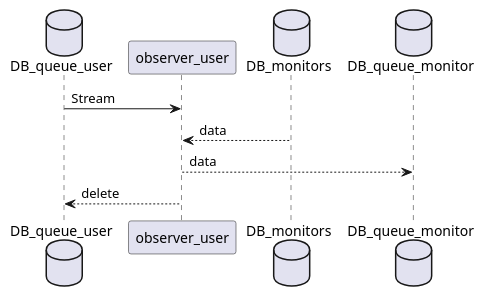
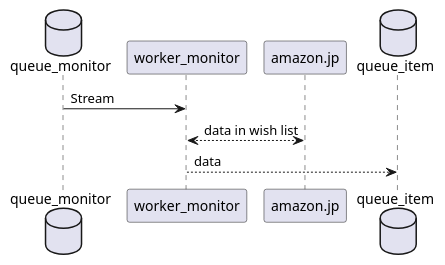
One commit to homura10059/find_sale_in_wishlist changed the second of 4 diagrams in docs/design.md. Above: the diagram before and after it, drawn with PlantUML. The commit also changed other lines of this file, not shown here.

Commit message:
:recycle: change data model

````diff
--- a/docs/design.md
+++ b/docs/design.md
@@ -83,17 +81,15 @@
 ```puml
 @startuml
 
-database DB_queue_user
+database queue_monitor
 
-DB_queue_user -> observer_user: Stream
-database DB_monitors
-database DB_queue_monitor
+queue_monitor -> worker_monitor: Stream
 
-observer_user <-- DB_monitors :data
-observer_user --> DB_queue_monitor: data
+worker_monitor <--> amazon.jp: data in wish list
 
-DB_queue_user <-- observer_user: delete
+database queue_item
 
+worker_monitor --> queue_item: data
 
 @enduml
 ```
````
